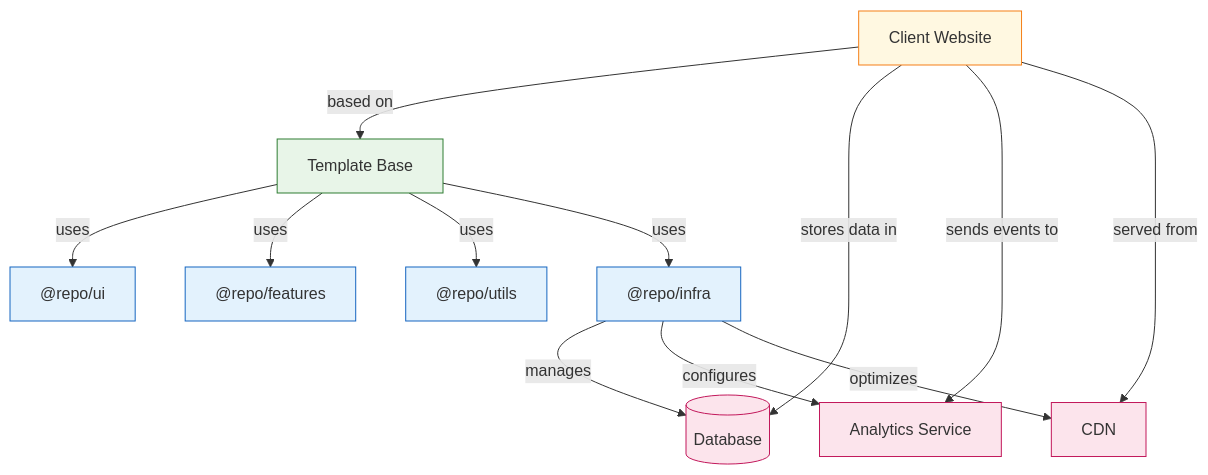
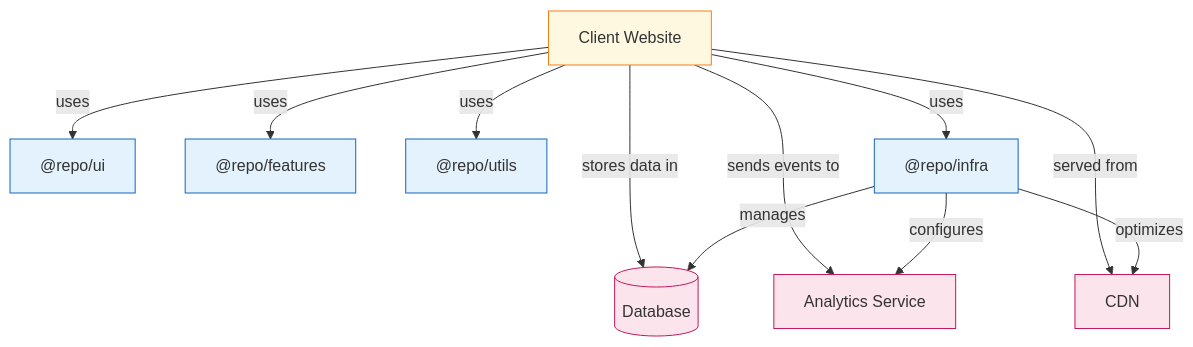
The sixth of 14 diagrams in docs/architecture/dependency-graph.md (TrevorPLam/websites), drawn with Mermaid before and after one commit. The commit also changed other lines of this file and 279 other files, not shown here.

````diff
--- a/docs/architecture/dependency-graph.md
+++ b/docs/architecture/dependency-graph.md
@@ -344,45 +322,40 @@
 ```mermaid
 graph TD
     %% Client Instance
     Client["Client Website"]
-    
-    %% Template Base
-    Template["Template Base"]
-    Client --> |"based on"| Template
     
     %% Shared Dependencies
     UI["@repo/ui"]
     Features["@repo/features"]
     Utils["@repo/utils"]
     Infra["@repo/infra"]
     
-    Template --> |"uses"| UI
-    Template --> |"uses"| Features
-    Template --> |"uses"| Utils
-    Template --> |"uses"| Infra
+    Client --> |"uses"| UI
+    Client --> |"uses"| Features
+    Client --> |"uses"| Utils
+    Client --> |"uses"| Infra
     
     %% External Services
     Database[(Database)]
     Analytics[Analytics Service]
     CDN[CDN]
     
     Client --> |"stores data in"| Database
     Client --> |"sends events to"| Analytics
     Client --> |"served from"| CDN
     
     %% Infrastructure
     Infra --> |"manages"| Database
     Infra --> |"configures"| Analytics
     Infra --> |"optimizes"| CDN
     
     %% Styling
     classDef client fill:#fff8e1,stroke:#f57f17
     classDef template fill:#e8f5e8,stroke:#2e7d32
     classDef package fill:#e3f2fd,stroke:#1565c0
     classDef external fill:#fce4ec,stroke:#c2185b
     
     class Client client
-    class Template template
     class UI,Features,Utils,Infra package
     class Database,Analytics,CDN external
 ```
````
